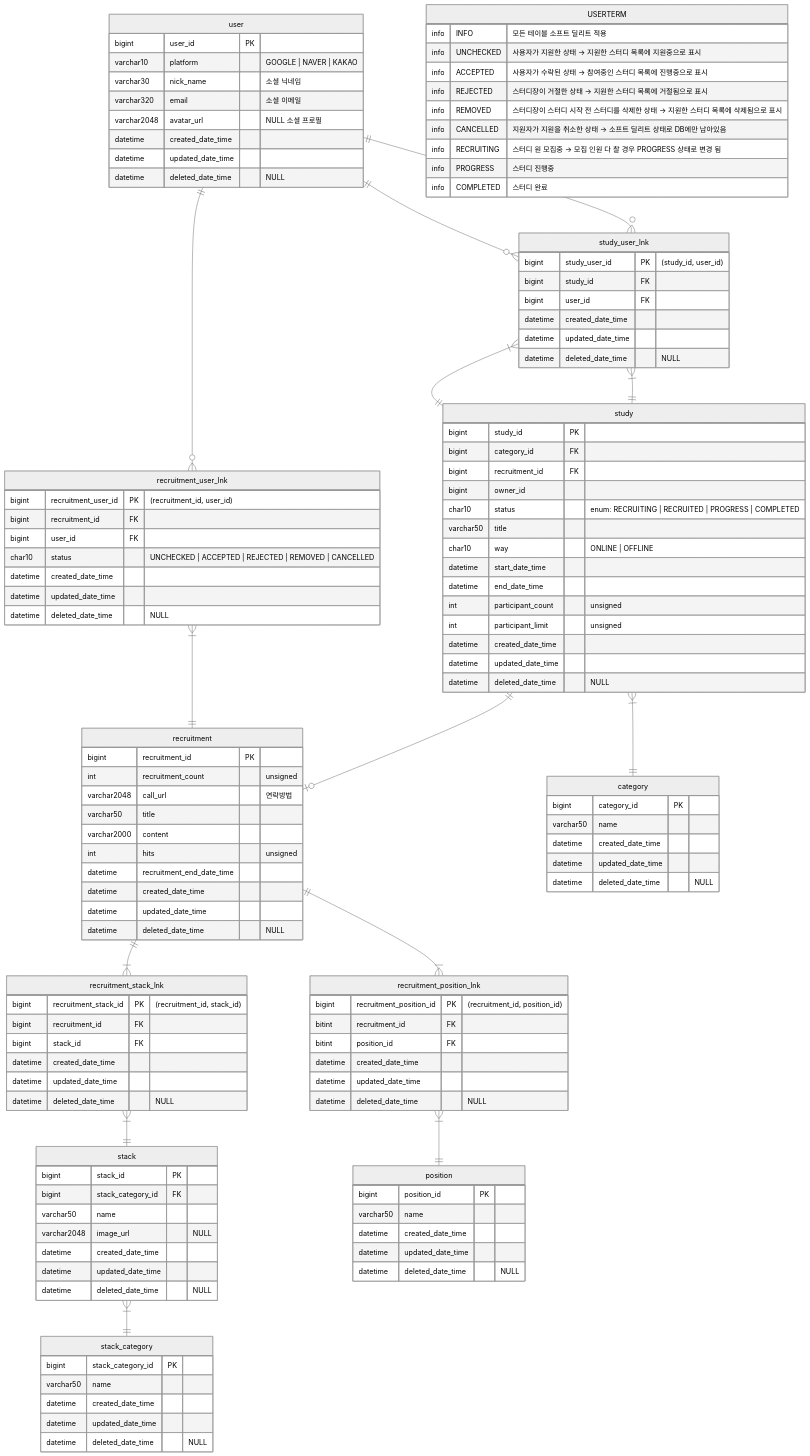
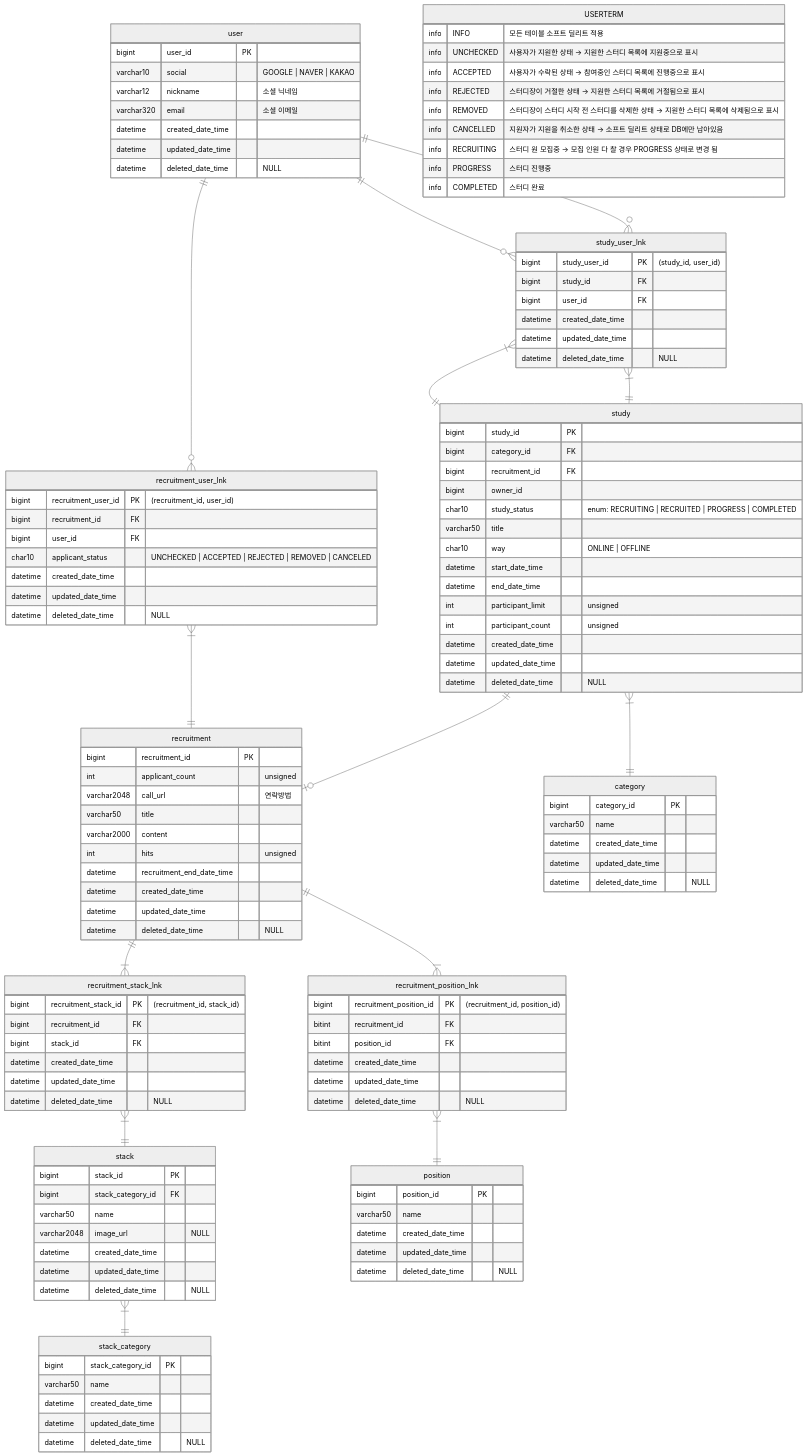
The diagram in docs/erd.md (Ludo-SMP/ludo-backend), drawn with Mermaid before and after one commit.

Commit message:
docs: update erd docs

```diff
--- a/docs/erd.md
+++ b/docs/erd.md
@@ -135,10 +135,9 @@
 
     user {
         bigint user_id PK
-        varchar10 platform "GOOGLE | NAVER | KAKAO"
-        varchar30 nick_name "소셜 닉네임"
+        varchar10 social "GOOGLE | NAVER | KAKAO"
+        varchar12 nickname "소셜 닉네임"
         varchar320 email "소셜 이메일"
-        varchar2048 avatar_url "NULL 소셜 프로필"
         datetime created_date_time
         datetime updated_date_time
         datetime deleted_date_time "NULL"
@@ -150,14 +149,13 @@
         bigint recruitment_id FK
         bigint owner_id
 
-        char10 status "enum: RECRUITING | RECRUITED | PROGRESS | COMPLETED"
+        char10 study_status "enum: RECRUITING | RECRUITED | PROGRESS | COMPLETED"
         varchar50 title
         char10 way "ONLINE | OFFLINE"
         datetime start_date_time
         datetime end_date_time
+        int participant_limit "unsigned"
         int participant_count "unsigned"
-        int participant_limit "unsigned"
-
         datetime created_date_time
         datetime updated_date_time
         datetime deleted_date_time "NULL"
@@ -165,7 +163,7 @@
 
     recruitment {
         bigint recruitment_id PK
-        int recruitment_count "unsigned"
+        int applicant_count "unsigned"
         varchar2048 call_url "연락방법"
         varchar50 title
         varchar2000 content
@@ -189,7 +187,7 @@
         bigint recruitment_user_id PK "(recruitment_id, user_id)"
         bigint recruitment_id FK
         bigint user_id FK
-        char10 status "UNCHECKED | ACCEPTED | REJECTED | REMOVED | CANCELLED"
+        char10 applicant_status "UNCHECKED | ACCEPTED | REJECTED | REMOVED | CANCELED"
         datetime created_date_time
         datetime updated_date_time
         datetime deleted_date_time "NULL"
```
